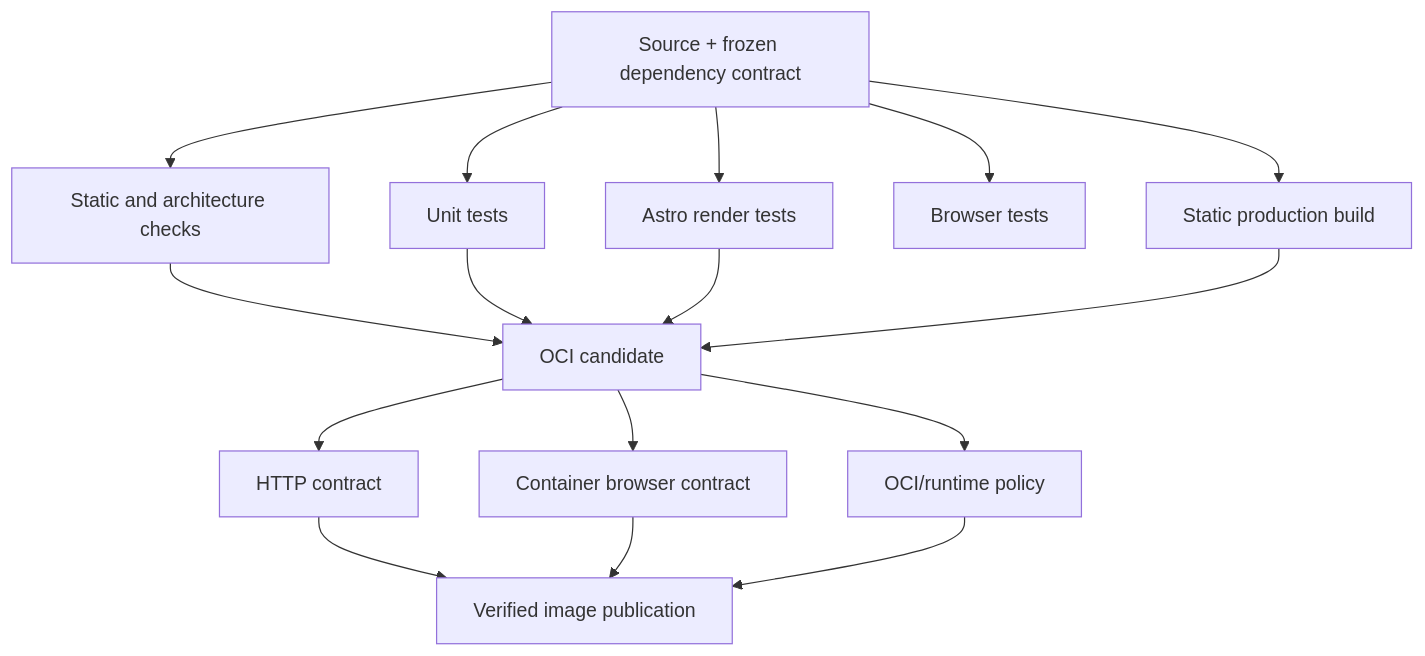
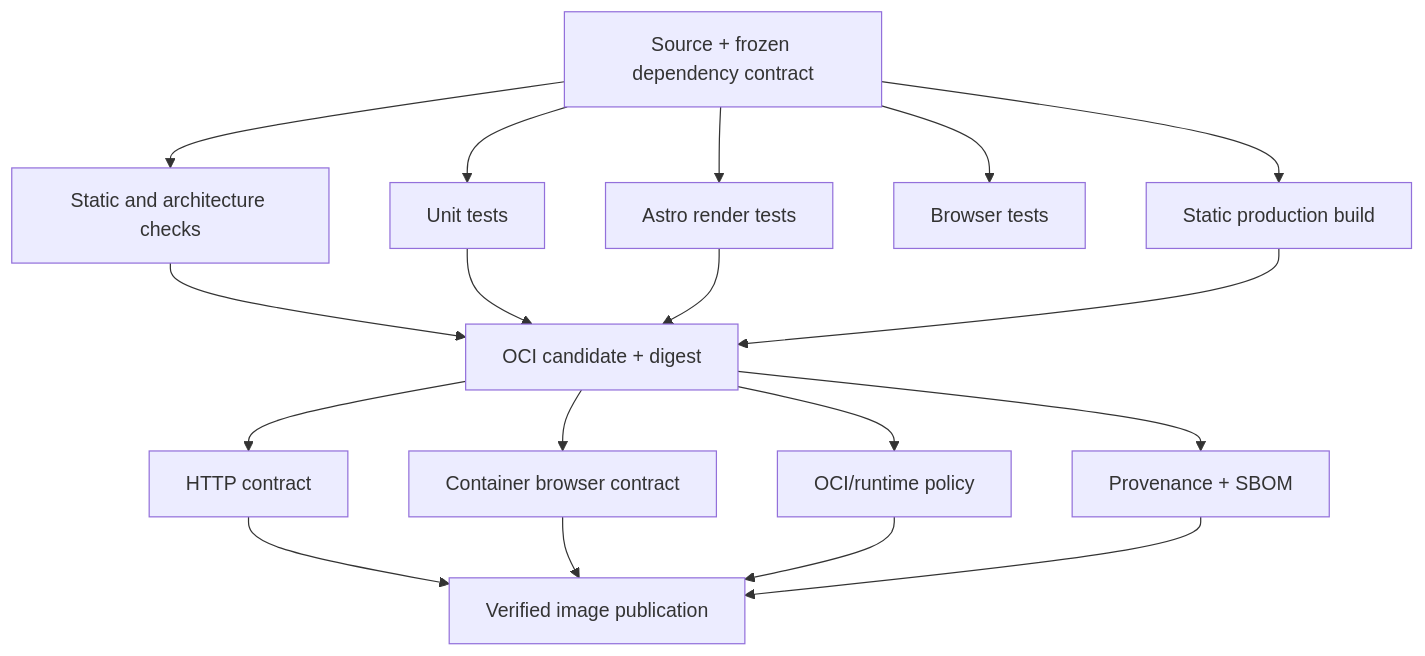
One commit to r8vnhill/dibs-astro changed the third of 3 diagrams in README.md. Above: the diagram before and after it, drawn with Mermaid. The commit also changed other lines of this file and 18 other files, not shown here.

````diff
--- a/README.md
+++ b/README.md
@@ -346,36 +338,39 @@
 ```mermaid
 flowchart TD
     source[Source + frozen dependency contract]
 
     check[Static and architecture checks]
     unit[Unit tests]
     astro[Astro render tests]
     e2e[Browser tests]
     build[Static production build]
 
-    candidate[OCI candidate]
+    candidate[OCI candidate + digest]
     http[HTTP contract]
     browser[Container browser contract]
     policy[OCI/runtime policy]
+    provenance[Provenance + SBOM]
 
     publish[Verified image publication]
 
     source --> check
     source --> unit
     source --> astro
     source --> e2e
     source --> build
 
     check --> candidate
     unit --> candidate
     astro --> candidate
     build --> candidate
 
     candidate --> http
     candidate --> browser
     candidate --> policy
+    candidate --> provenance
 
     http --> publish
     browser --> publish
     policy --> publish
+    provenance --> publish
 ```
````
